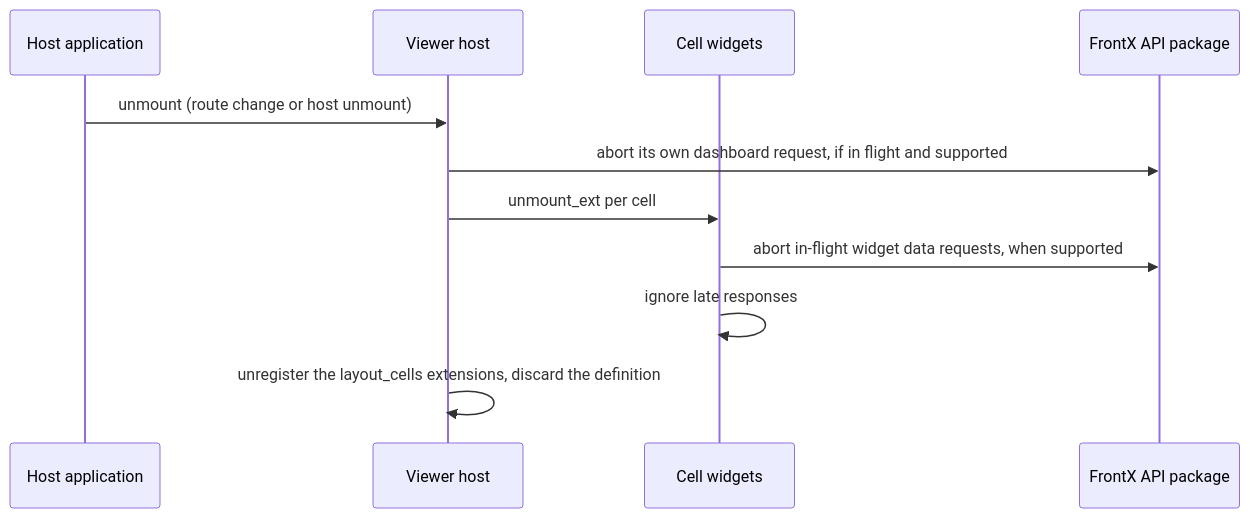
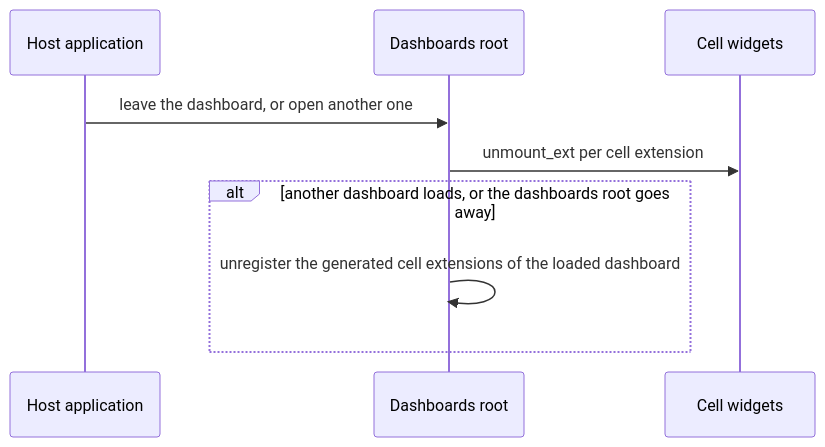
The tenth of 11 diagrams in template-dashboard/architecture/DESIGN.md (AndrejK666/gears-frontx-templates), drawn with Mermaid before and after one commit. The commit also changed other lines of this file and 25 other files, not shown here.

````diff
--- a/template-dashboard/architecture/DESIGN.md
+++ b/template-dashboard/architecture/DESIGN.md
@@ -942,14 +1276,12 @@
 ```mermaid
 sequenceDiagram
     participant H as Host application
-    participant VH as Viewer host
+    participant DR as Dashboards root
     participant CW as Cell widgets
-    participant API as FrontX API package
 
-    H->>VH: unmount (route change or host unmount)
-    VH->>API: abort its own dashboard request, if in flight and supported
-    VH->>CW: unmount_ext per cell
-    CW->>API: abort in-flight widget data requests, when supported
-    CW->>CW: ignore late responses
-    VH->>VH: unregister the layout_cells extensions, discard the definition
+    H->>DR: leave the dashboard, or open another one
+    DR->>CW: unmount_ext per cell extension
+    alt another dashboard loads, or the dashboards root goes away
+        DR->>DR: unregister the generated cell extensions of the loaded dashboard
+    end
 ```
````
